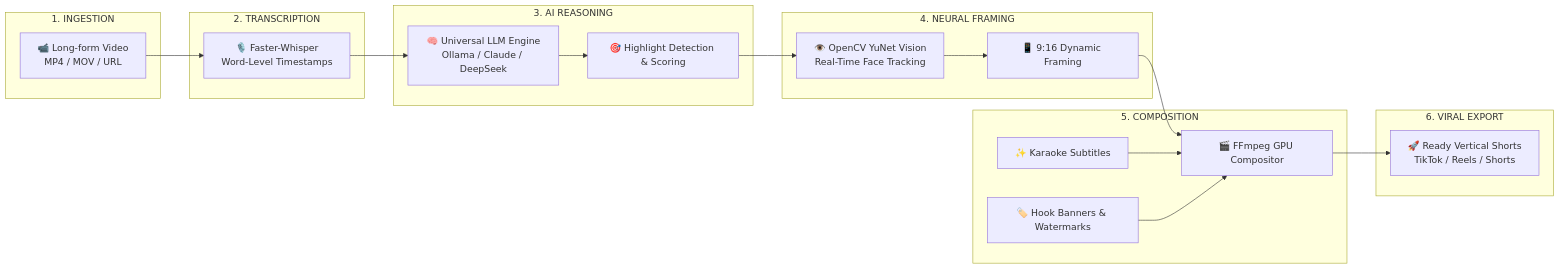
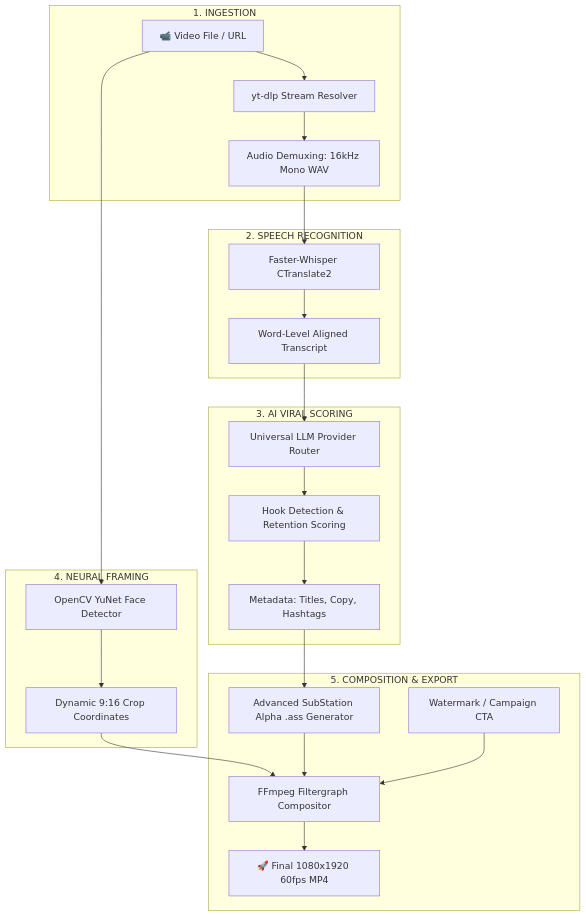
One commit to santimacorp-droid/ClipFarm changed the diagram in README.md. Above: the diagram before and after it, drawn with Mermaid. The commit also changed other lines of this file and 3 other files, not shown here.

````diff
--- a/README.md
+++ b/README.md
@@ -78,40 +134,31 @@
 ```mermaid
-flowchart LR
+flowchart TD
     subgraph INGEST ["1. INGESTION"]
-        V[📹 Long-form Video<br/>MP4 / MOV / URL]
+        A[📹 Video File / URL] --> B[yt-dlp Stream Resolver]
+        B --> C[Audio Demuxing: 16kHz Mono WAV]
     end
 
-    subgraph ASR ["2. TRANSCRIPTION"]
-        W[🎙️ Faster-Whisper<br/>Word-Level Timestamps]
+    subgraph ASR ["2. SPEECH RECOGNITION"]
+        C --> D[Faster-Whisper CTranslate2]
+        D --> E[Word-Level Aligned Transcript]
     end
 
-    subgraph LLM ["3. AI REASONING"]
-        E[🧠 Universal LLM Engine<br/>Ollama / Claude / DeepSeek]
-        H[🎯 Highlight Detection & Scoring]
+    subgraph REASONING ["3. AI VIRAL SCORING"]
+        E --> F[Universal LLM Provider Router]
+        F --> G[Hook Detection & Retention Scoring]
+        G --> H[Metadata: Titles, Copy, Hashtags]
     end
 
     subgraph VISION ["4. NEURAL FRAMING"]
-        Y[👁️ OpenCV YuNet Vision<br/>Real-Time Face Tracking]
-        C[📱 9:16 Dynamic Framing]
+        A --> I[OpenCV YuNet Face Detector]
+        I --> J[Dynamic 9:16 Crop Coordinates]
     end
 
-    subgraph RENDER ["5. COMPOSITION"]
-        K[✨ Karaoke Subtitles]
-        B[🏷️ Hook Banners & Watermarks]
-        F[🎬 FFmpeg GPU Compositor]
+    subgraph RENDER ["5. COMPOSITION & EXPORT"]
+        H --> K[Advanced SubStation Alpha .ass Generator]
+        J --> L[FFmpeg Filtergraph Compositor]
+        K --> L
+        M[Watermark / Campaign CTA] --> L
+        L --> N[🚀 Final 1080x1920 60fps MP4]
     end
-
-    subgraph OUT ["6. VIRAL EXPORT"]
-        O[🚀 Ready Vertical Shorts<br/>TikTok / Reels / Shorts]
-    end
-
-    V --> W
-    W --> E
-    E --> H
-    H --> Y
-    Y --> C
-    C --> F
-    K --> F
-    B --> F
-    F --> O
 ```
````
